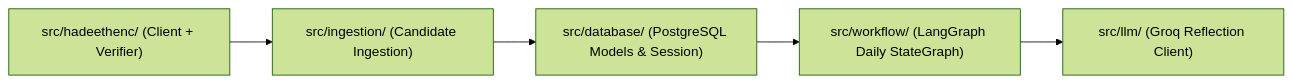
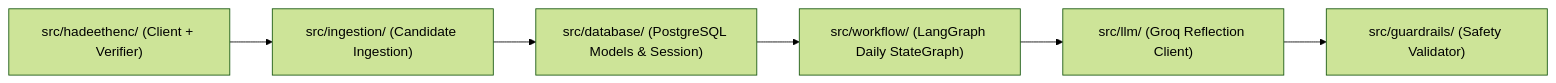
One commit to Amankhan1009/daily-hadith-ai-agent changed the diagram in src/README.md. Above: the diagram before and after it, drawn with Mermaid (forest theme). The commit also changed other lines of this file and 12 other files, not shown here.

````diff
--- a/src/README.md
+++ b/src/README.md
@@ -24,7 +25,8 @@
 ```mermaid
 flowchart LR
     HadeethEnc["src/hadeethenc/ (Client + Verifier)"] --> Ingestion["src/ingestion/ (Candidate Ingestion)"]
     Ingestion --> DB["src/database/ (PostgreSQL Models & Session)"]
     DB --> Workflow["src/workflow/ (LangGraph Daily StateGraph)"]
     Workflow --> LLM["src/llm/ (Groq Reflection Client)"]
+    LLM --> Guardrails["src/guardrails/ (Safety Validator)"]
 ```
````
